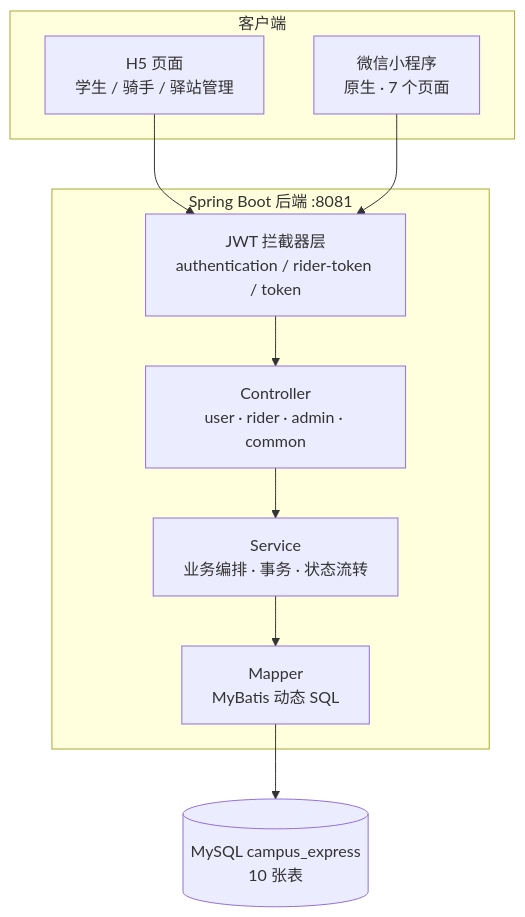
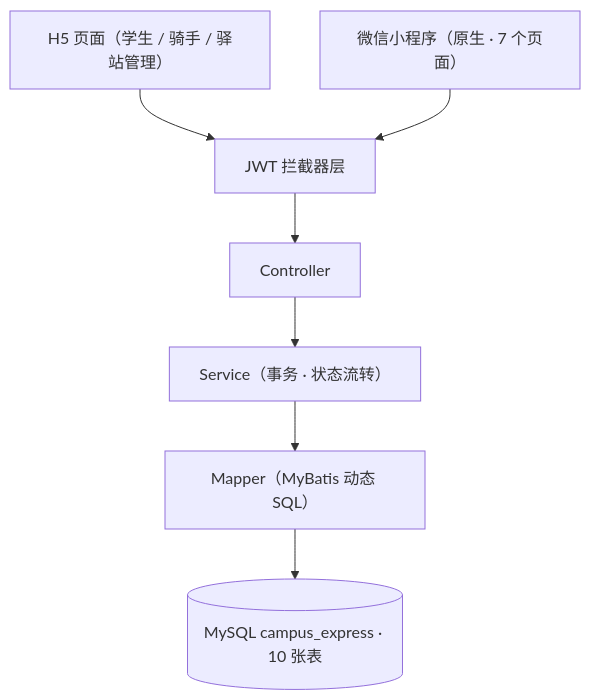
Before and after one commit to wangzhihao-dev06/campus-express: the first of 3 diagrams in README.md, drawn with Mermaid. The commit also changed other lines of this file, not shown here.

Commit message:
fix: use mermaid syntax compatible with GitHub renderer

````diff
--- a/README.md
+++ b/README.md
@@ -18,17 +18,13 @@
 ```mermaid
 flowchart TB
-    subgraph client["客户端"]
-        H5["H5 页面<br/>学生 / 骑手 / 驿站管理"]
-        MP["微信小程序<br/>原生 · 7 个页面"]
-    end
-    subgraph backend["Spring Boot 后端 :8081"]
-        INT["JWT 拦截器层<br/>authentication / rider-token / token"]
-        CTRL["Controller<br/>user · rider · admin · common"]
-        SVC["Service<br/>业务编排 · 事务 · 状态流转"]
-        MAP["Mapper<br/>MyBatis 动态 SQL"]
-    end
-    DB[("MySQL campus_express<br/>10 张表")]
+    H5["H5 页面（学生 / 骑手 / 驿站管理）"]
+    MP["微信小程序（原生 · 7 个页面）"]
+    INT["JWT 拦截器层"]
+    CTRL["Controller"]
+    SVC["Service（事务 · 状态流转）"]
+    MAP["Mapper（MyBatis 动态 SQL）"]
+    DB[("MySQL campus_express · 10 张表")]
     H5 --> INT
     MP --> INT
     INT --> CTRL --> SVC --> MAP --> DB
 ```
````
